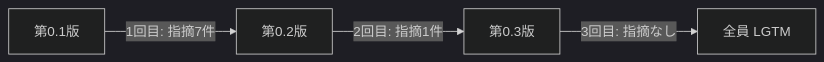
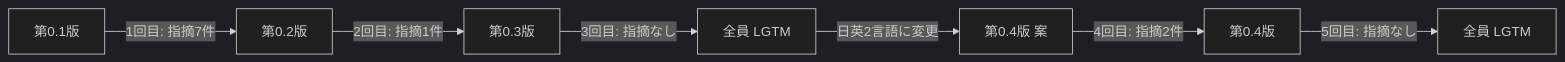
Before and after one commit to scenetrail/scenetrail.github.io: the diagram in docs/spec/review_log.md, drawn with Mermaid (dark theme). The commit also changed other lines of this file and 3 other files, not shown here.

````diff
--- a/docs/spec/review_log.md
+++ b/docs/spec/review_log.md
@@ -15,6 +15,9 @@
 ```mermaid
 flowchart LR
   v1[第0.1版] -->|1回目: 指摘7件| v2[第0.2版]
   v2 -->|2回目: 指摘1件| v3[第0.3版]
-  v3 -->|3回目: 指摘なし| ok[全員 LGTM]
+  v3 -->|3回目: 指摘なし| v3ok[全員 LGTM]
+  v3ok -->|日英2言語に変更| v4a[第0.4版 案]
+  v4a -->|4回目: 指摘2件| v4[第0.4版]
+  v4 -->|5回目: 指摘なし| ok[全員 LGTM]
 ```
````
